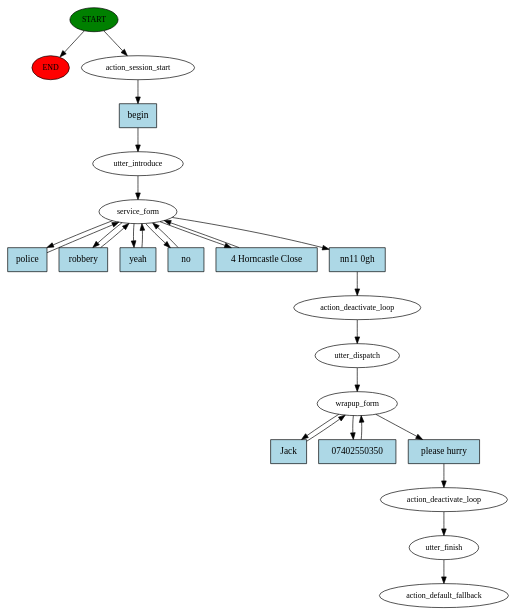
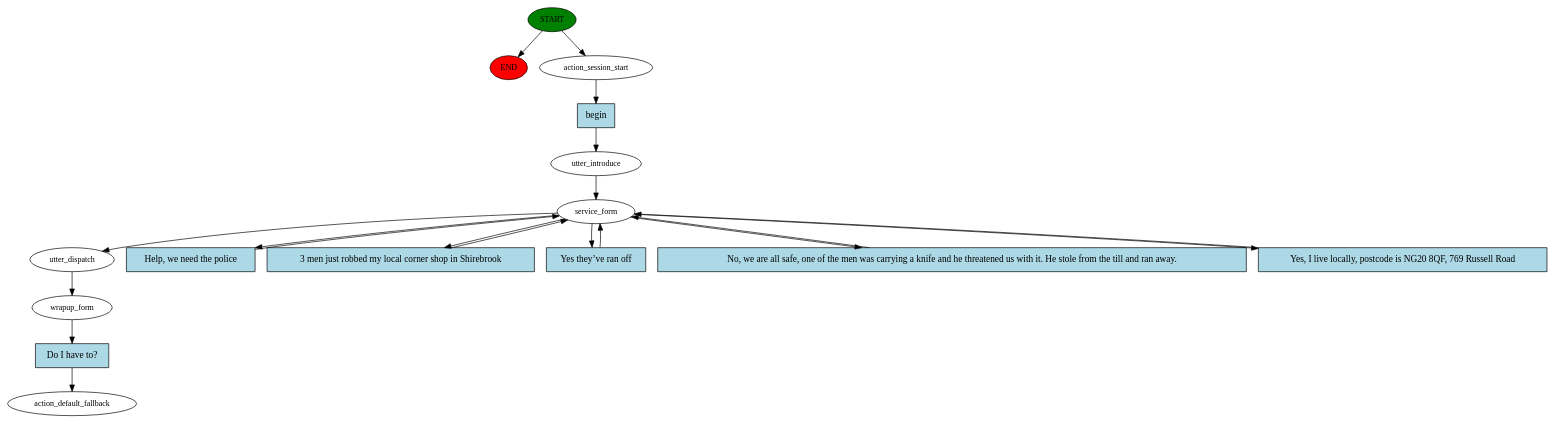
The diagram in chatbot/story_graph.dot (JackFarmer132/CS310Project), drawn with Graphviz before and after one commit. The commit also changed 10 other files, not shown here.

```diff
--- a/chatbot/story_graph.dot
+++ b/chatbot/story_graph.dot
@@ -1,50 +1,36 @@
 digraph  {
 0 [class="start active", fillcolor=green, fontsize=12, label=START, style=filled];
 "-1" [class=end, fillcolor=red, fontsize=12, label=END, style=filled];
 1 [class=active, fontsize=12, label=action_session_start];
 2 [class=active, fontsize=12, label=utter_introduce];
 3 [class=active, fontsize=12, label=service_form];
-9 [class=active, fontsize=12, label=action_deactivate_loop];
-10 [class=active, fontsize=12, label=utter_dispatch];
-11 [class=active, fontsize=12, label=wrapup_form];
-14 [class=active, fontsize=12, label=action_deactivate_loop];
-15 [class=active, fontsize=12, label=utter_finish];
-16 [class="dashed active", fontsize=12, label=action_default_fallback];
-17 [class="intent active", fillcolor=lightblue, label=begin, shape=rect, style=filled];
-18 [class="intent active", fillcolor=lightblue, label=police, shape=rect, style=filled];
-19 [class="intent active", fillcolor=lightblue, label=robbery, shape=rect, style=filled];
-20 [class="intent active", fillcolor=lightblue, label=yeah, shape=rect, style=filled];
-21 [class="intent active", fillcolor=lightblue, label=no, shape=rect, style=filled];
-22 [class="intent active", fillcolor=lightblue, label="4 Horncastle Close", shape=rect, style=filled];
-23 [class="intent active", fillcolor=lightblue, label="nn11 0gh", shape=rect, style=filled];
-24 [class="intent active", fillcolor=lightblue, label=Jack, shape=rect, style=filled];
-25 [class="intent active", fillcolor=lightblue, label=07402550350, shape=rect, style=filled];
-26 [class="intent active", fillcolor=lightblue, label="please hurry", shape=rect, style=filled];
+9 [class=active, fontsize=12, label=utter_dispatch];
+10 [class=active, fontsize=12, label=wrapup_form];
+11 [class="dashed active", fontsize=12, label=action_default_fallback];
+12 [class="intent active", fillcolor=lightblue, label=begin, shape=rect, style=filled];
+13 [class="intent active", fillcolor=lightblue, label="Help, we need the police", shape=rect, style=filled];
+14 [class="intent active", fillcolor=lightblue, label="3 men just robbed my local corner shop in Shirebrook", shape=rect, style=filled];
+15 [class="intent active", fillcolor=lightblue, label="Yes they’ve ran off", shape=rect, style=filled];
+16 [class="intent active", fillcolor=lightblue, label="No, we are all safe, one of the men was carrying a knife and he threatened us with it. He stole from the till and ran away.", shape=rect, style=filled];
+17 [class="intent active", fillcolor=lightblue, label="Yes, I live locally, postcode is NG20 8QF, 769 Russell Road", shape=rect, style=filled];
+18 [class="intent active", fillcolor=lightblue, label="Do I have to?", shape=rect, style=filled];
 0 -> "-1"  [class="", key=NONE, label=""];
 0 -> 1  [class=active, key=NONE, label=""];
-1 -> 17  [class=active, key=0];
+1 -> 12  [class=active, key=0];
 2 -> 3  [class=active, key=NONE, label=""];
-3 -> 18  [class=active, key=0];
-3 -> 19  [class=active, key=0];
-3 -> 20  [class=active, key=0];
-3 -> 21  [class=active, key=0];
-3 -> 22  [class=active, key=0];
-3 -> 23  [class=active, key=0];
+3 -> 9  [class=active, key=NONE, label=""];
+3 -> 13  [class=active, key=0];
+3 -> 14  [class=active, key=0];
+3 -> 15  [class=active, key=0];
+3 -> 16  [class=active, key=0];
+3 -> 17  [class=active, key=0];
 9 -> 10  [class=active, key=NONE, label=""];
-10 -> 11  [class=active, key=NONE, label=""];
-11 -> 24  [class=active, key=0];
-11 -> 25  [class=active, key=0];
-11 -> 26  [class=active, key=0];
-14 -> 15  [class=active, key=NONE, label=""];
-15 -> 16  [class=active, key=NONE, label=""];
-17 -> 2  [class=active, key=0];
-18 -> 3  [class=active, key=0];
-19 -> 3  [class=active, key=0];
-20 -> 3  [class=active, key=0];
-21 -> 3  [class=active, key=0];
-22 -> 3  [class=active, key=0];
-23 -> 9  [class=active, key=0];
-24 -> 11  [class=active, key=0];
-25 -> 11  [class=active, key=0];
-26 -> 14  [class=active, key=0];
+10 -> 18  [class=active, key=0];
+12 -> 2  [class=active, key=0];
+13 -> 3  [class=active, key=0];
+14 -> 3  [class=active, key=0];
+15 -> 3  [class=active, key=0];
+16 -> 3  [class=active, key=0];
+17 -> 3  [class=active, key=0];
+18 -> 11  [class=active, key=0];
 }
```
